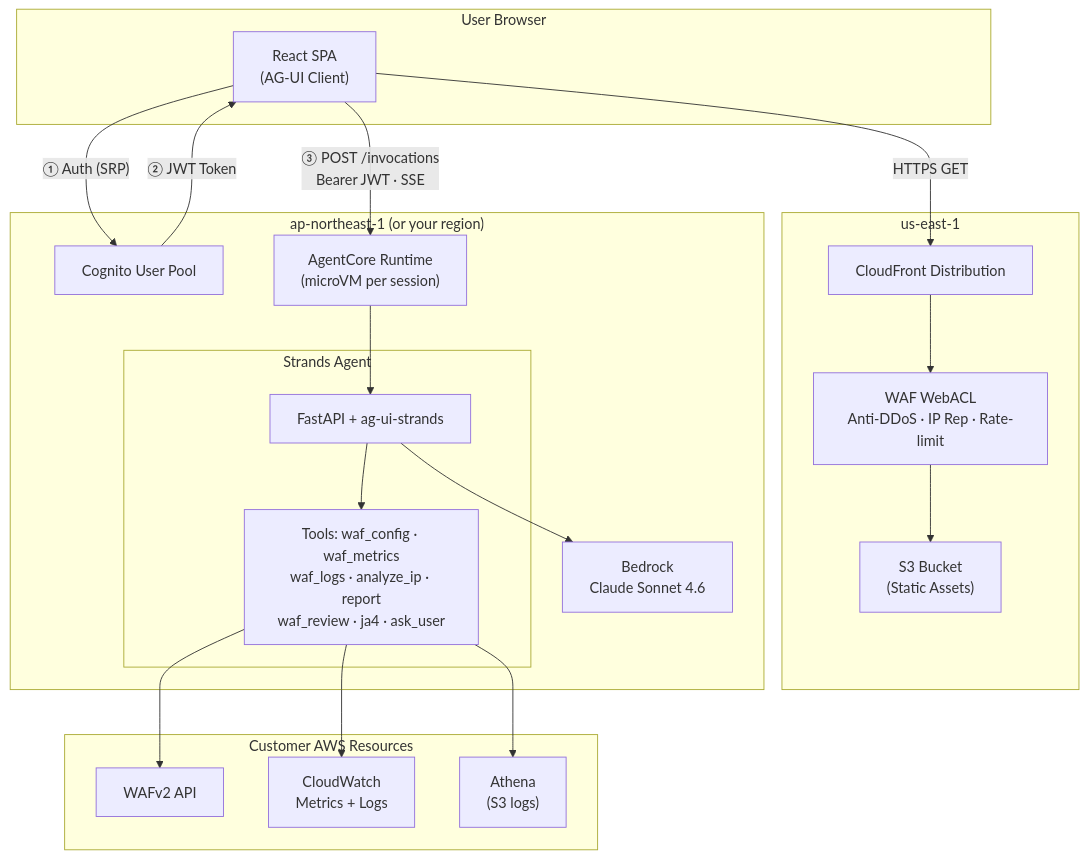
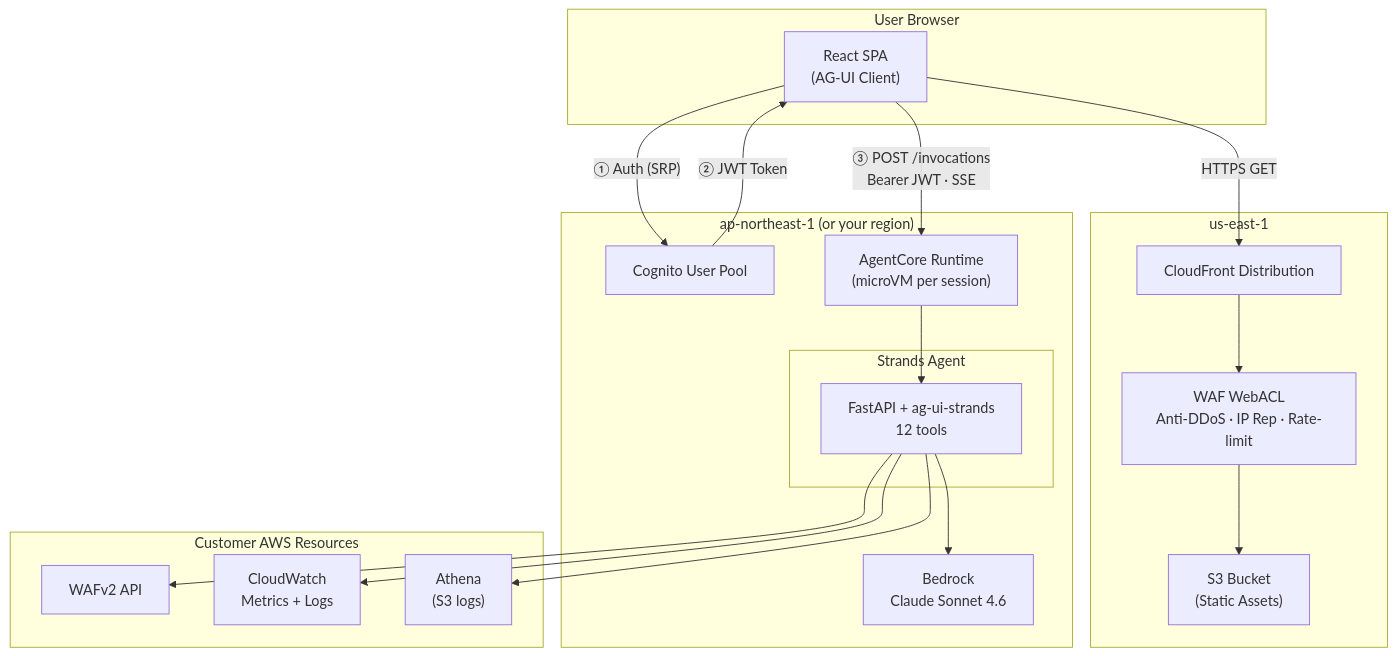
The diagram in README.md (aws-samples/sample-building-a-conversational-ai-agent-for-aws-waf-analysis-with-agentcore), drawn with Mermaid before and after one commit.

Commit message:
Simplify Mermaid diagram

````diff
--- a/README.md
+++ b/README.md
@@ -50,39 +50,38 @@
 ```mermaid
 graph TB
     subgraph User["User Browser"]
         SPA["React SPA<br/>(AG-UI Client)"]
     end
 
     subgraph CF["us-east-1"]
         CloudFront["CloudFront Distribution"]
         WAF_FE["WAF WebACL<br/>Anti-DDoS · IP Rep · Rate-limit"]
         S3["S3 Bucket<br/>(Static Assets)"]
     end
 
     subgraph Backend["ap-northeast-1 (or your region)"]
         Cognito["Cognito User Pool"]
         AC["AgentCore Runtime<br/>(microVM per session)"]
         subgraph Agent["Strands Agent"]
-            FastAPI["FastAPI + ag-ui-strands"]
-            Tools["Tools: waf_config · waf_metrics<br/>waf_logs · analyze_ip · report<br/>waf_review · ja4 · ask_user"]
+            FastAPI["FastAPI + ag-ui-strands<br/>12 tools"]
         end
         Bedrock["Bedrock<br/>Claude Sonnet 4.6"]
     end
 
     subgraph AWS["Customer AWS Resources"]
         WAFv2["WAFv2 API"]
         CW["CloudWatch<br/>Metrics + Logs"]
         Athena["Athena<br/>(S3 logs)"]
     end
 
     SPA -->|"HTTPS GET"| CloudFront
     CloudFront --> WAF_FE --> S3
     SPA -->|"① Auth (SRP)"| Cognito
     Cognito -->|"② JWT Token"| SPA
     SPA -->|"③ POST /invocations<br/>Bearer JWT · SSE"| AC
-    AC --> FastAPI --> Tools
+    AC --> FastAPI
     FastAPI --> Bedrock
-    Tools --> WAFv2
-    Tools --> CW
-    Tools --> Athena
+    FastAPI --> WAFv2
+    FastAPI --> CW
+    FastAPI --> Athena
 ```
````
